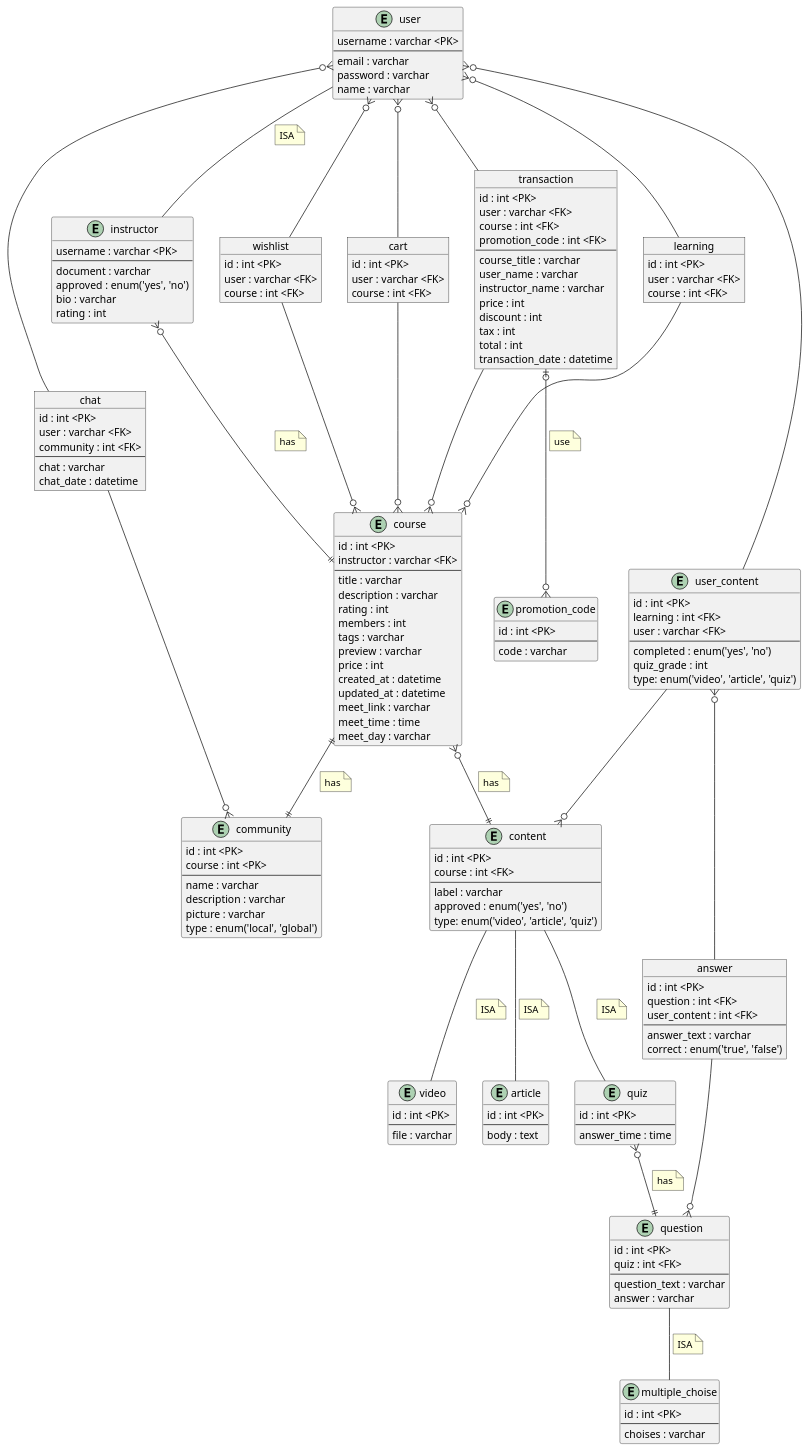
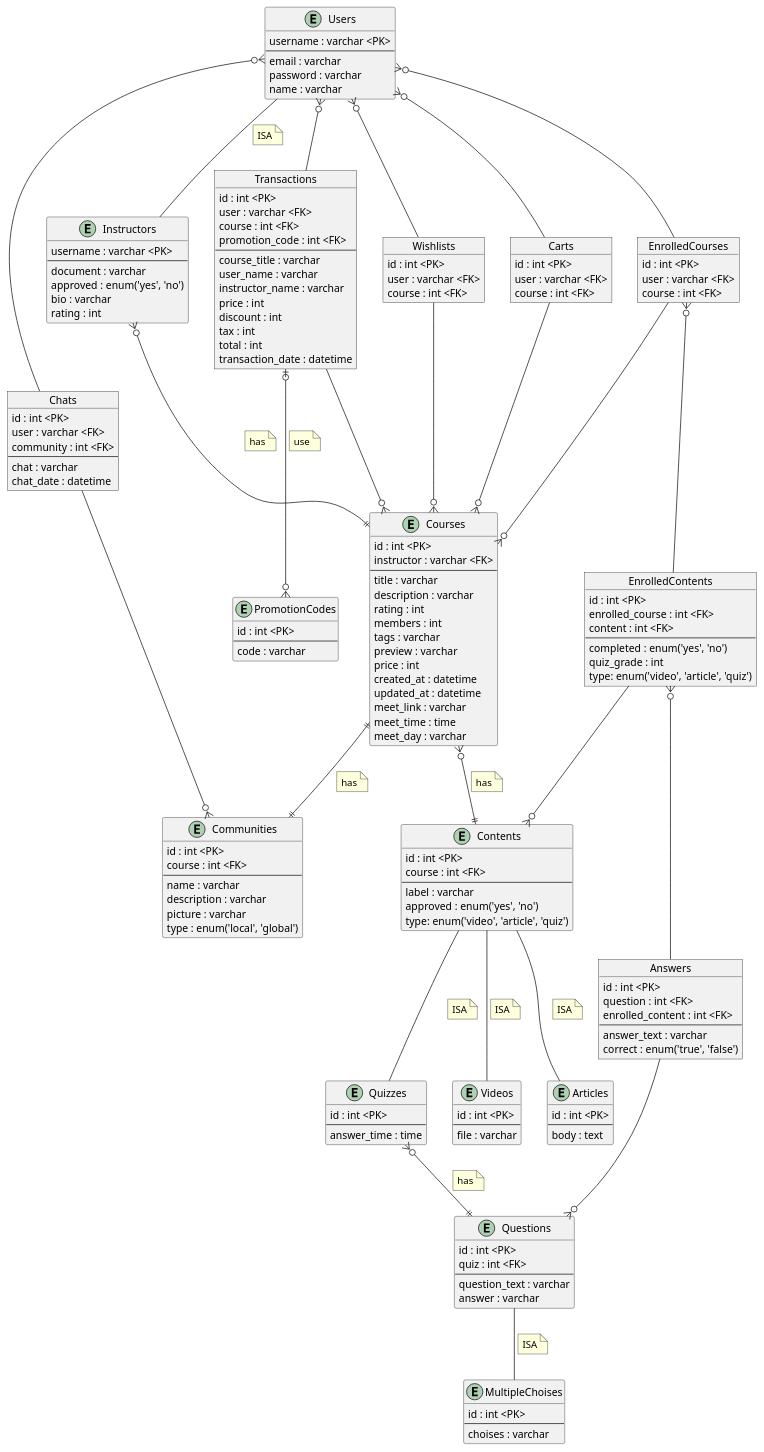
Before and after one commit to iqmalakur/LearNteach: the diagram in docs/diagrams/entity-relationship.puml, drawn with PlantUML. The commit also changed 7 other files, not shown here.

Commit message:
Fixing Entity Relationship Diagram

```diff
--- a/docs/diagrams/entity-relationship.puml
+++ b/docs/diagrams/entity-relationship.puml
@@ -1,5 +1,5 @@
 @startuml LearNteach
-entity user {
+entity Users {
     username : varchar <PK>
     --
     email : varchar
@@ -7,9 +7,9 @@
     name : varchar
 }
 
-entity community {
+entity Communities {
     id : int <PK>
-    course : int <PK>
+    course : int <FK>
     --
     name : varchar
     description : varchar
@@ -17,7 +17,7 @@
     type : enum('local', 'global')
 }
 
-object chat {
+object Chats {
     id : int <PK>
     user : varchar <FK>
     community : int <FK>
@@ -26,7 +26,7 @@
     chat_date : datetime
 }
 
-entity instructor {
+entity Instructors {
     username : varchar <PK>
     --
     document : varchar
@@ -35,7 +35,7 @@
     rating : int
 }
 
-entity course {
+entity Courses {
     id : int <PK>
     instructor : varchar <FK>
     --
@@ -53,25 +53,25 @@
     meet_day : varchar
 }
 
-object wishlist {
+object Wishlists {
     id : int <PK>
     user : varchar <FK>
     course : int <FK>
 }
 
-object cart {
+object Carts {
     id : int <PK>
     user : varchar <FK>
     course : int <FK>
 }
 
-entity promotion_code {
+entity PromotionCodes {
     id : int <PK>
     --
     code : varchar
 }
 
-object transaction {
+object Transactions {
     id : int <PK>
     user : varchar <FK>
     course : int <FK>
@@ -87,23 +87,23 @@
     transaction_date : datetime
 }
 
-object learning {
+object EnrolledCourses {
     id : int <PK>
     user : varchar <FK>
     course : int <FK>
 }
 
-entity user_content {
+object EnrolledContents {
     id : int <PK>
-    learning : int <FK>
-    user : varchar <FK>
+    enrolled_course : int <FK>
+    content : int <FK>
     --
     completed : enum('yes', 'no')
     quiz_grade : int
     type: enum('video', 'article', 'quiz')
 }
 
-entity content {
+entity Contents {
     id : int <PK>
     course : int <FK>
     --
@@ -112,34 +112,34 @@
     type: enum('video', 'article', 'quiz')
 }
 
-entity video {
+entity Videos {
     id : int <PK>
     --
     file : varchar
 }
 
-entity article {
+entity Articles {
     id : int <PK>
     --
     body : text
 }
 
-entity quiz {
+entity Quizzes {
     id : int <PK>
     --
     answer_time : time
 }
 
-object answer {
+object Answers {
     id : int <PK>
     question : int <FK>
-    user_content : int <FK>
+    enrolled_content : int <FK>
     --
     answer_text : varchar
     correct : enum('true', 'false')
 }
 
-entity question {
+entity Questions {
     id : int <PK>
     quiz : int <FK>
     --
@@ -147,79 +147,79 @@
     answer : varchar
 }
 
-entity multiple_choise {
+entity MultipleChoises {
     id : int <PK>
     --
     choises : varchar
 }
 
-user -- instructor
+Users }o-- Wishlists
+Wishlists --o{ Courses
+
+Users }o-- EnrolledCourses
+EnrolledCourses --o{ Courses
+
+Users }o-- Carts
+Carts --o{ Courses
+
+Users }o-- Transactions
+Transactions --o{ Courses
+
+Courses }o--|| Contents
+note on link
+    has
+end note
+
+Transactions |o--o{ PromotionCodes
+note on link
+    use
+end note
+
+Users -- Instructors
 note on link
     ISA
 end note
 
-instructor }o--|| course
+Instructors }o--|| Courses
 note on link
     has
 end note
 
-user }o-- wishlist
-wishlist --o{ course
+Contents -- Videos
+note on link
+    ISA
+end note
+Contents -- Quizzes
+note on link
+    ISA
+end note
+Contents -- Articles
+note on link
+    ISA
+end note
 
-user }o-- learning
-learning --o{ course
-
-user }o-- cart
-cart --o{ course
-
-user }o-- transaction
-transaction --o{ course
-
-course }o--|| content
+Quizzes }o--|| Questions
 note on link
     has
 end note
 
-transaction |o--o{ promotion_code
-note on link
-    use
-end note
-
-content -- video
-note on link
-    ISA
-end note
-content -- quiz
-note on link
-    ISA
-end note
-content -- article
+Questions -- MultipleChoises
 note on link
     ISA
 end note
 
-quiz }o--|| question
+Courses ||--|| Communities
 note on link
     has
 end note
 
-question -- multiple_choise
-note on link
-    ISA
-end note
+Users }o-- Chats
+Chats --o{ Communities
 
-course ||--|| community
-note on link
-    has
-end note
+EnrolledContents }o-- Answers
+Answers --o{ Questions
 
-user }o-- chat
-chat --o{ community
-
-user_content }o-- answer
-answer --o{ question
-
-user }o-- user_content
-user_content --o{ content
+EnrolledCourses }o-- EnrolledContents
+EnrolledContents --o{ Contents
 
 @enduml
```
